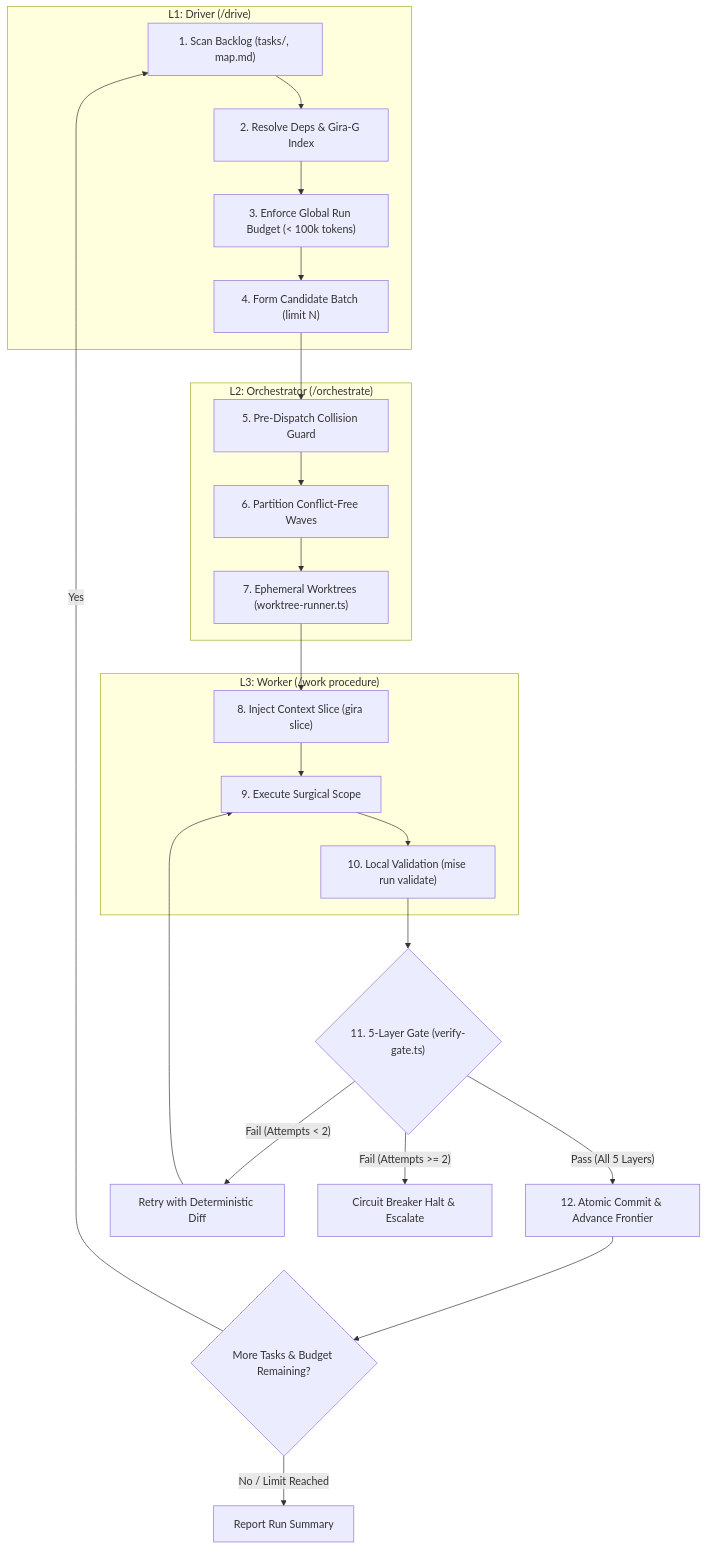
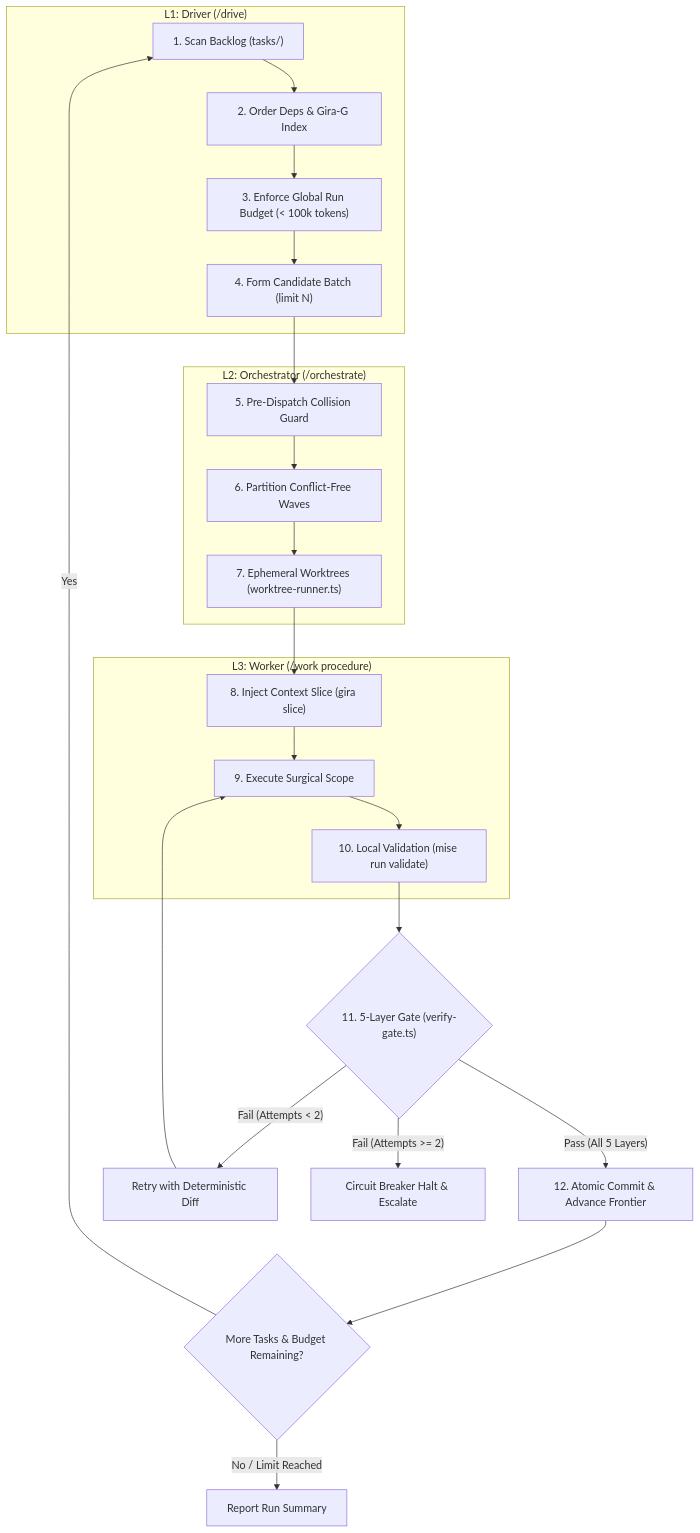
Before and after one commit to EduardoShibukawa/G-Inga: the diagram in .agents/skills/drive/SKILL.md, drawn with Mermaid. The commit also changed other lines of this file and 9 other files, not shown here.

````diff
--- a/.agents/skills/drive/SKILL.md
+++ b/.agents/skills/drive/SKILL.md
@@ -25,29 +25,29 @@
 ```mermaid
 flowchart TD
     subgraph L1["L1: Driver (/drive)"]
-        SCAN["1. Scan Backlog (tasks/, map.md)"] --> DEPS["2. Resolve Deps & Gira-G Index"]
+        SCAN["1. Scan Backlog (tasks/)"] --> DEPS["2. Order Deps & Gira-G Index"]
         DEPS --> BUDGET["3. Enforce Global Run Budget (< 100k tokens)"]
         BUDGET --> BATCH["4. Form Candidate Batch (limit N)"]
     end
 
     subgraph L2["L2: Orchestrator (/orchestrate)"]
         BATCH --> COLLIDE["5. Pre-Dispatch Collision Guard"]
         COLLIDE --> WAVES["6. Partition Conflict-Free Waves"]
         WAVES --> WT["7. Ephemeral Worktrees (worktree-runner.ts)"]
     end
 
     subgraph L3["L3: Worker (/work procedure)"]
         WT --> SLICE["8. Inject Context Slice (gira slice)"]
         SLICE --> WORK["9. Execute Surgical Scope"]
         WORK --> LOCAL_VAL["10. Local Validation (mise run validate)"]
     end
 
     LOCAL_VAL --> GATE{"11. 5-Layer Gate (verify-gate.ts)"}
     GATE -->|"Pass (All 5 Layers)"| SEAL["12. Atomic Commit & Advance Frontier"]
     GATE -->|"Fail (Attempts < 2)"| RETRY["Retry with Deterministic Diff"]
     RETRY --> WORK
     GATE -->|"Fail (Attempts >= 2)"| HALT["Circuit Breaker Halt & Escalate"]
     SEAL --> LOOP{"More Tasks & Budget Remaining?"}
     LOOP -->|"Yes"| SCAN
     LOOP -->|"No / Limit Reached"| FINISH["Report Run Summary"]
 ```
````
